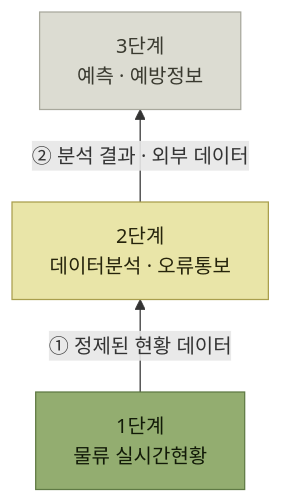
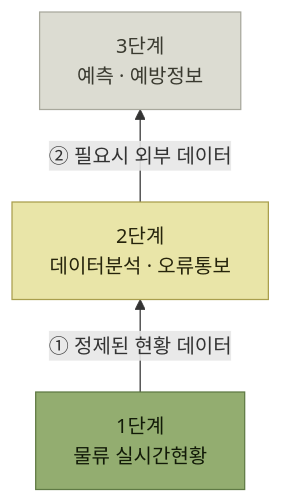
Before and after one commit to devholic22/logistics-backend-study: the diagram in books/wms-원리와-이해/11-가시성/3-Visibility-추진단계.md, drawn with Mermaid. The commit also changed other lines of this file and 2 other files, not shown here.

````diff
--- a/books/wms-원리와-이해/11-가시성/3-Visibility-추진단계.md
+++ b/books/wms-원리와-이해/11-가시성/3-Visibility-추진단계.md
@@ -16,16 +16,16 @@
 ```mermaid
 flowchart BT
     S3["3단계<br/>예측 · 예방정보"]
     S2["2단계<br/>데이터분석 · 오류통보"]
     S1["1단계<br/>물류 실시간현황"]
 
     S1 -- "① 정제된 현황 데이터" --> S2
-    S2 -- "② 분석 결과 · 외부 데이터" --> S3
+    S2 -- "② 필요시 외부 데이터" --> S3
 
     classDef core fill:#93ad70,stroke:#5f7a44,color:#121a08
     classDef sys fill:#e9e5a8,stroke:#a99f4d,color:#26240c
     classDef muted fill:#dcdcd2,stroke:#a8a89c,color:#3a3a30
     class S1 core
     class S2 sys
     class S3 muted
 ```
````
